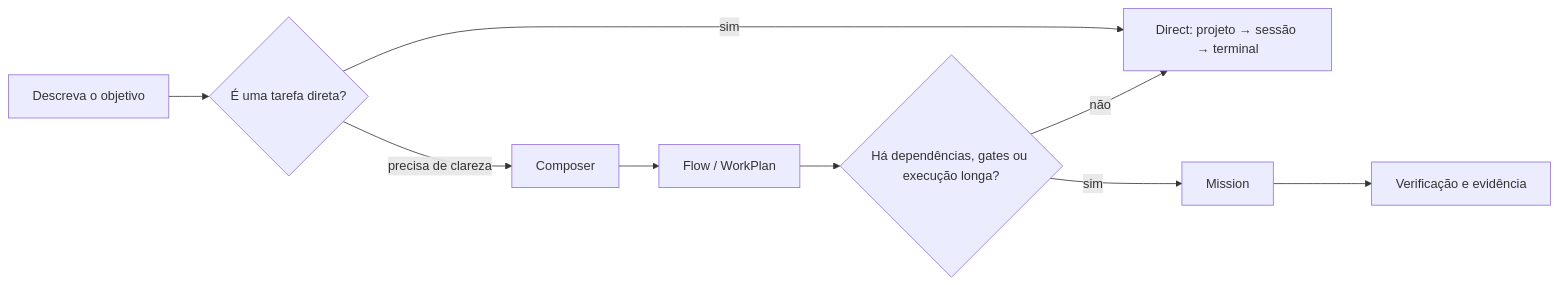
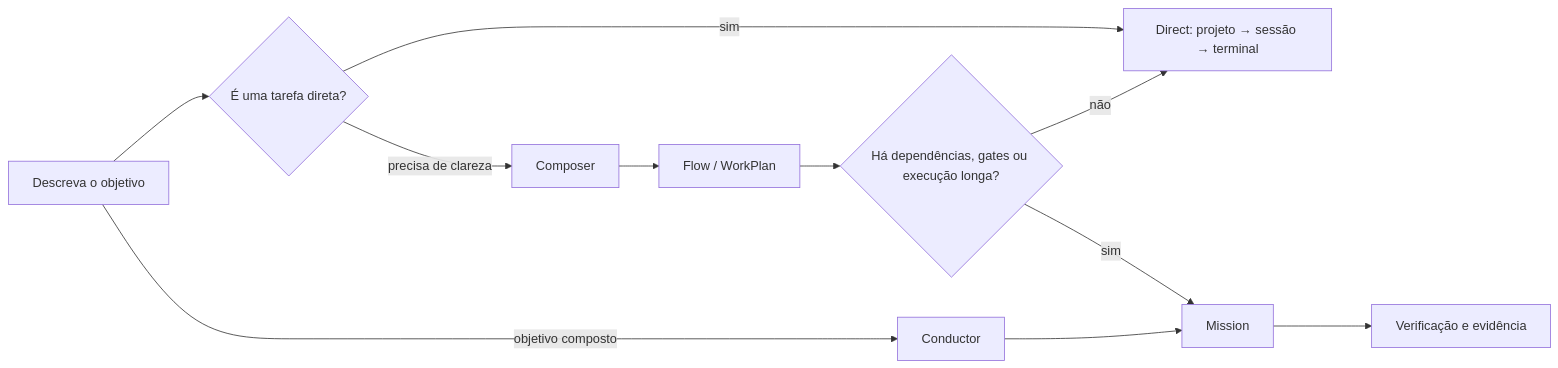
One commit to IAPro-Community/nexus changed the diagram in docs/features/index.md. Above: the diagram before and after it, drawn with Mermaid. The commit also changed other lines of this file and 33 other files, not shown here.

````diff
--- a/docs/features/index.md
+++ b/docs/features/index.md
@@ -24,11 +25,13 @@
 ```mermaid
 flowchart LR
     Goal[Descreva o objetivo] --> Simple{É uma tarefa direta?}
     Simple -- sim --> Direct[Direct: projeto → sessão → terminal]
     Simple -- precisa de clareza --> Composer[Composer]
     Composer --> Plan[Flow / WorkPlan]
     Plan --> Long{Há dependências, gates ou execução longa?}
     Long -- não --> Direct
     Long -- sim --> Mission[Mission]
     Mission --> Evidence[Verificação e evidência]
+    Goal -- objetivo composto --> Conductor[Conductor]
+    Conductor --> Mission
 ```
````
